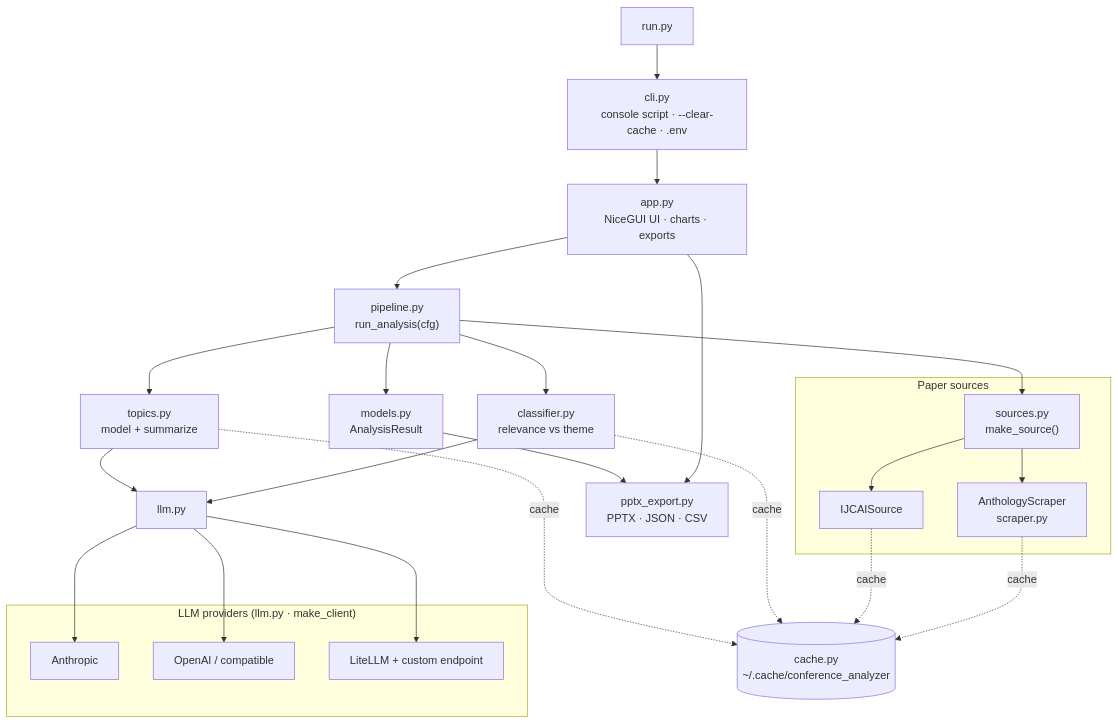
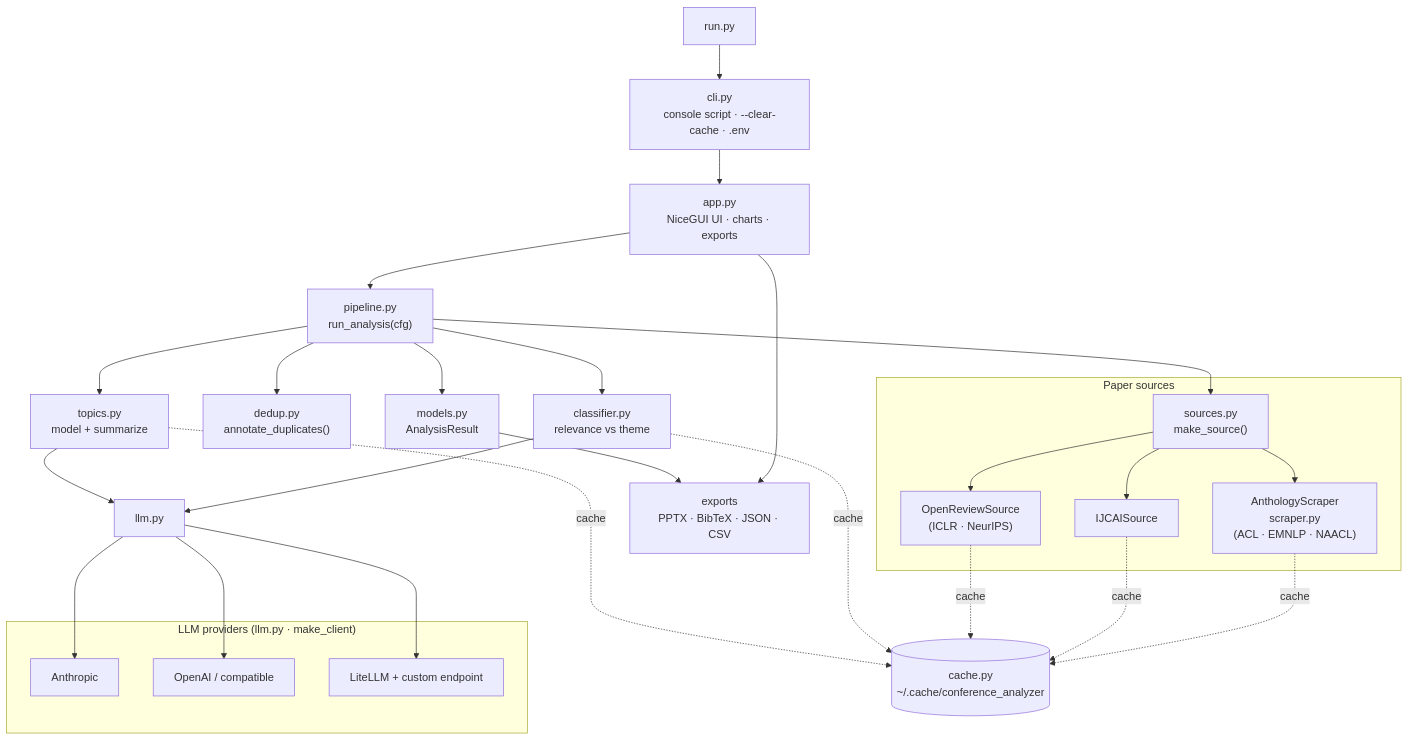
One commit to picaultj/conflens changed the first of 4 diagrams in docs/ARCHITECTURE.md. Above: the diagram before and after it, drawn with Mermaid. The commit also changed other lines of this file and 2 other files, not shown here.

First line of the commit message:
Docs: refresh README, ARCHITECTURE, and AGENTS for current features

````diff
--- a/docs/ARCHITECTURE.md
+++ b/docs/ARCHITECTURE.md
@@ -10,34 +10,37 @@
 ```mermaid
 flowchart TB
     RUN["run.py"] --> CLI["cli.py<br/>console script · --clear-cache · .env"]
     CLI --> UI["app.py<br/>NiceGUI UI · charts · exports"]
     UI --> PIPE["pipeline.py<br/>run_analysis(cfg)"]
 
     PIPE --> REG["sources.py<br/>make_source()"]
+    PIPE --> DUP["dedup.py<br/>annotate_duplicates()"]
     PIPE --> CLS["classifier.py<br/>relevance vs theme"]
     PIPE --> TOP["topics.py<br/>model + summarize"]
     PIPE --> RES["models.py<br/>AnalysisResult"]
 
     subgraph sources["Paper sources"]
-      REG --> ACL["AnthologyScraper<br/>scraper.py"]
+      REG --> ACL["AnthologyScraper<br/>scraper.py<br/>(ACL · EMNLP · NAACL)"]
       REG --> IJ["IJCAISource"]
+      REG --> OR["OpenReviewSource<br/>(ICLR · NeurIPS)"]
     end
 
     subgraph llm["LLM providers (llm.py · make_client)"]
       AN["Anthropic"]
       OA["OpenAI / compatible"]
       LL["LiteLLM + custom endpoint"]
     end
 
     CLS --> LLMHUB["llm.py"]
     TOP --> LLMHUB
     LLMHUB --> AN & OA & LL
 
-    UI --> EXP["pptx_export.py<br/>PPTX · JSON · CSV"]
+    UI --> EXP["exports<br/>PPTX · BibTeX · JSON · CSV"]
     RES --> EXP
 
     ACL -. cache .-> CACHE[("cache.py<br/>~/.cache/conference_analyzer")]
     IJ -. cache .-> CACHE
+    OR -. cache .-> CACHE
     CLS -. cache .-> CACHE
     TOP -. cache .-> CACHE
 ```
````
